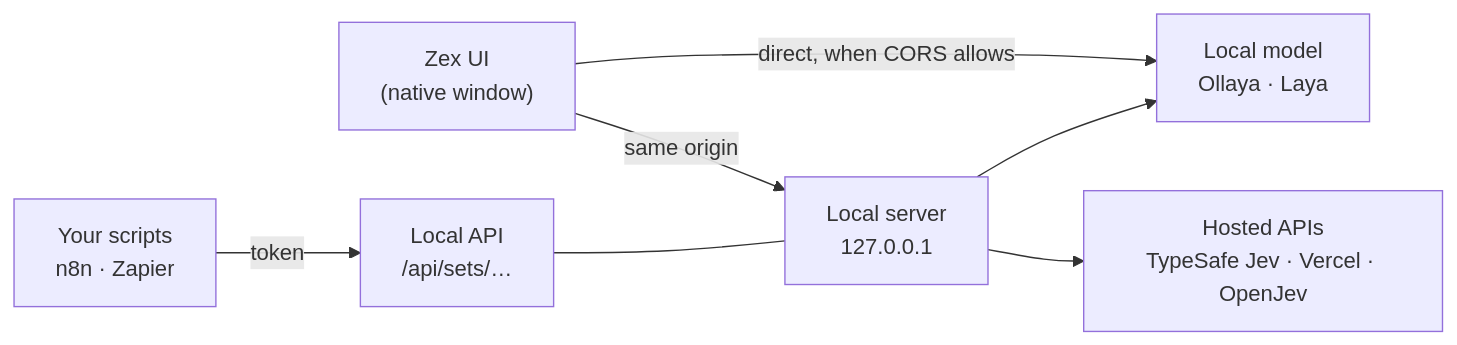
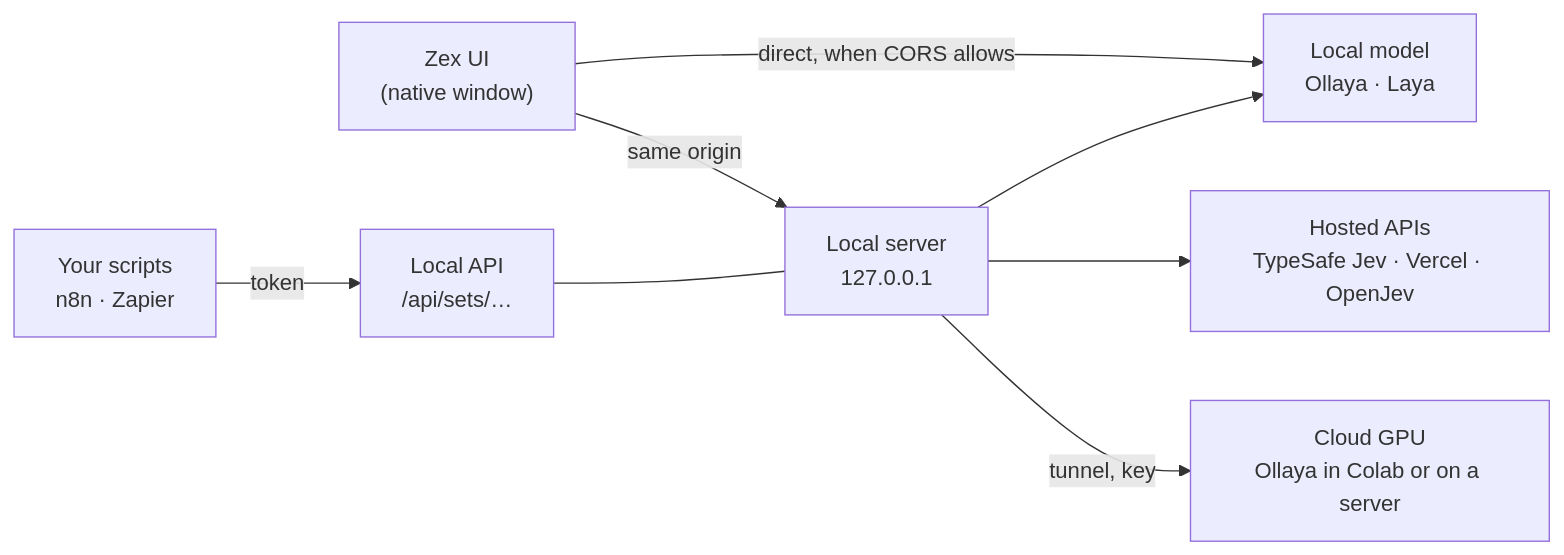
Before and after one commit to mahdiarfrm/zex: the diagram in README.md, drawn with Mermaid. The commit also changed other lines of this file and 14 other files, not shown here.

First line of the commit message:
Add Models and cloud GPU connections

````diff
--- a/README.md
+++ b/README.md
@@ -191,9 +209,10 @@
 ```mermaid
 flowchart LR
   UI["Zex UI<br/>(native window)"] -->|same origin| R["Local server<br/>127.0.0.1"]
   S["Your scripts<br/>n8n · Zapier"] -->|token| A["Local API<br/>/api/sets/…"]
   A --- R
   UI -->|direct, when CORS allows| L["Local model<br/>Ollaya · Laya"]
   R --> L
   R --> C["Hosted APIs<br/>TypeSafe Jev · Vercel · OpenJev"]
+  R -->|tunnel, key| G["Cloud GPU<br/>Ollaya in Colab or on a server"]
 ```
````
